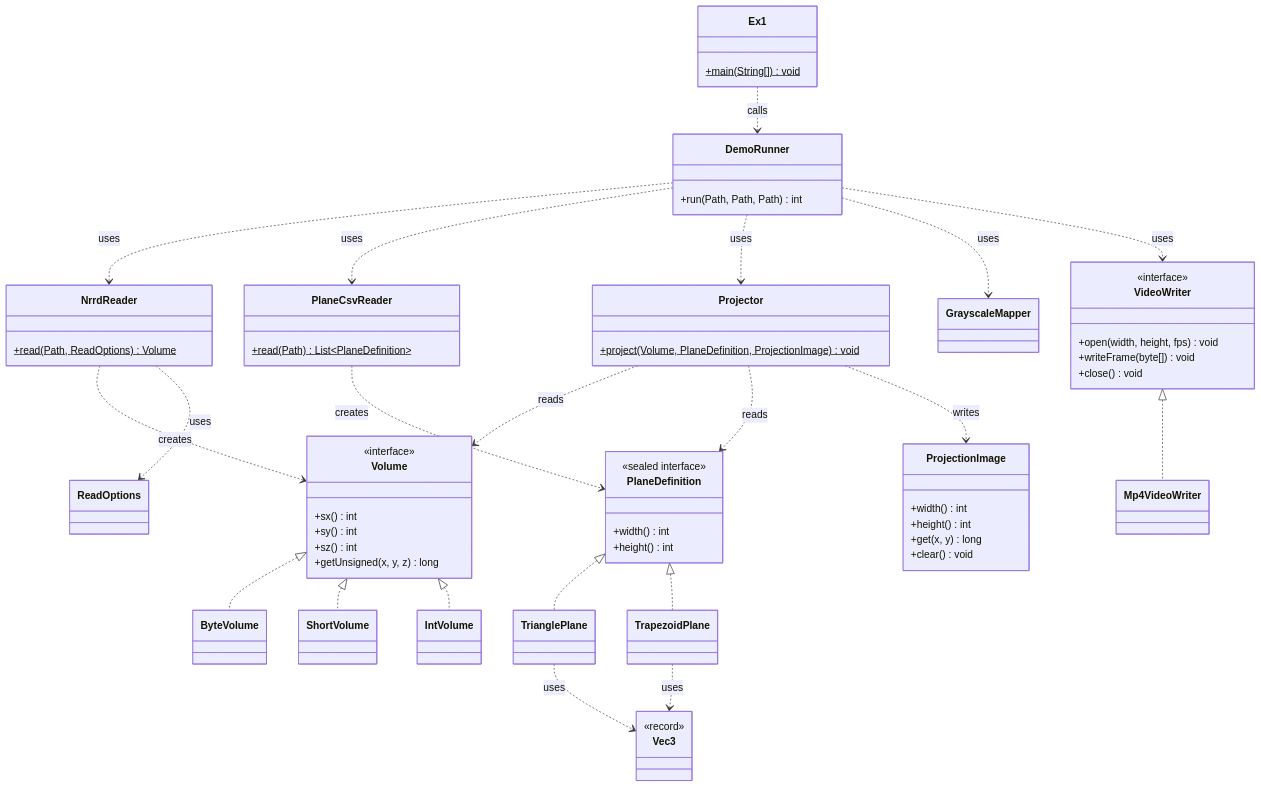
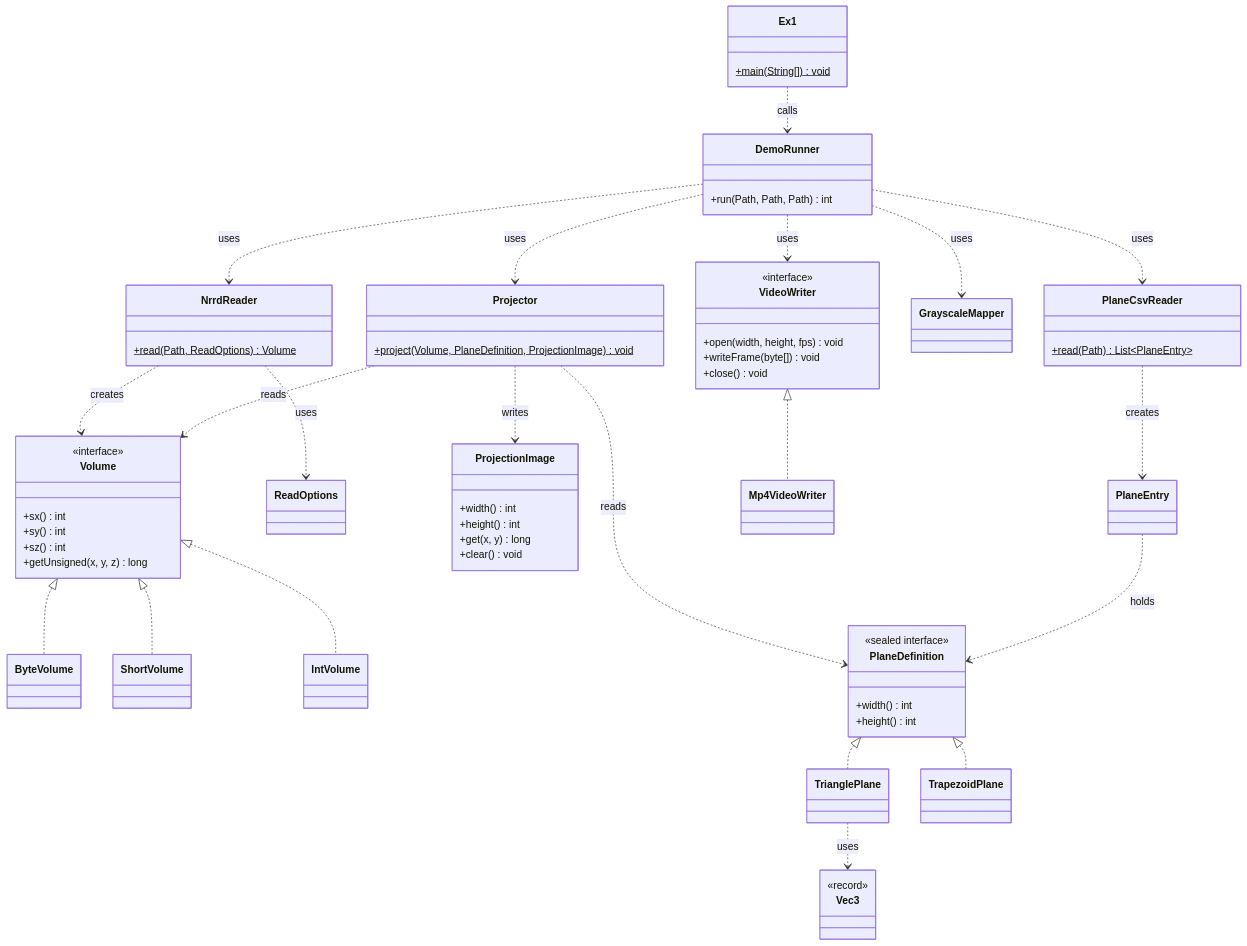
Before and after one commit to sarahgreen-crypto/OOP-Ex1-3D-Volume-Projection: the diagram in README.md, drawn with Mermaid. The commit also changed other lines of this file, not shown here.

Commit message:
Update README: final status and diagram

````diff
--- a/README.md
+++ b/README.md
@@ -167,78 +167,78 @@
 ```mermaid
 classDiagram
   class Volume {
     <<interface>>
     +sx() int
     +sy() int
     +sz() int
     +getUnsigned(x, y, z) long
   }
   class ByteVolume
   class ShortVolume
   class IntVolume
   Volume <|.. ByteVolume
   Volume <|.. ShortVolume
   Volume <|.. IntVolume
 
   class PlaneDefinition {
     <<sealed interface>>
     +width() int
     +height() int
   }
   class TrianglePlane
   class TrapezoidPlane
   PlaneDefinition <|.. TrianglePlane
   PlaneDefinition <|.. TrapezoidPlane
 
   class NrrdReader {
     +read(Path, ReadOptions) Volume$
   }
   class ReadOptions
   class Projector {
     +project(Volume, PlaneDefinition, ProjectionImage) void$
   }
   class ProjectionImage {
     +width() int
     +height() int
     +get(x, y) long
     +clear() void
   }
   class Vec3 {
     <<record>>
   }
 
   class Ex1 {
     +main(String[]) void$
   }
   class DemoRunner {
     +run(Path, Path, Path) int
   }
-  class PlaneCsvReader {
-    +read(Path) List~PlaneDefinition~$
+    class PlaneCsvReader {
+    +read(Path) List~PlaneEntry~$
   }
+  class PlaneEntry
   class GrayscaleMapper
   class VideoWriter {
     <<interface>>
     +open(width, height, fps) void
     +writeFrame(byte[]) void
     +close() void
   }
   class Mp4VideoWriter
   VideoWriter <|.. Mp4VideoWriter
 
   NrrdReader ..> Volume : creates
   NrrdReader ..> ReadOptions : uses
   Projector ..> Volume : reads
   Projector ..> PlaneDefinition : reads
   Projector ..> ProjectionImage : writes
   TrianglePlane ..> Vec3 : uses
-  TrapezoidPlane ..> Vec3 : uses
-
+  PlaneCsvReader ..> PlaneEntry : creates
+  PlaneEntry ..> PlaneDefinition : holds
   Ex1 ..> DemoRunner : calls
   DemoRunner ..> NrrdReader : uses
   DemoRunner ..> PlaneCsvReader : uses
-  DemoRunner ..> Projector : uses
+   DemoRunner ..> Projector : uses
   DemoRunner ..> GrayscaleMapper : uses
   DemoRunner ..> VideoWriter : uses
-  PlaneCsvReader ..> PlaneDefinition : creates
 ```
````
